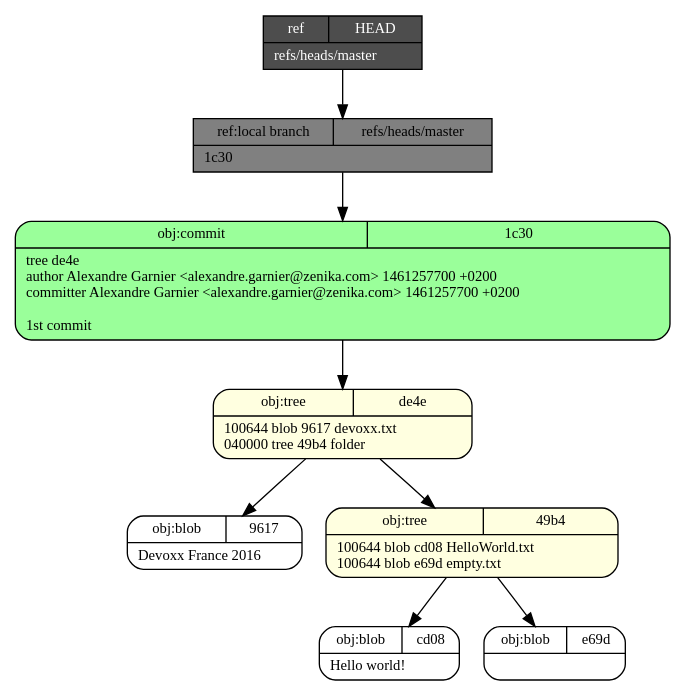
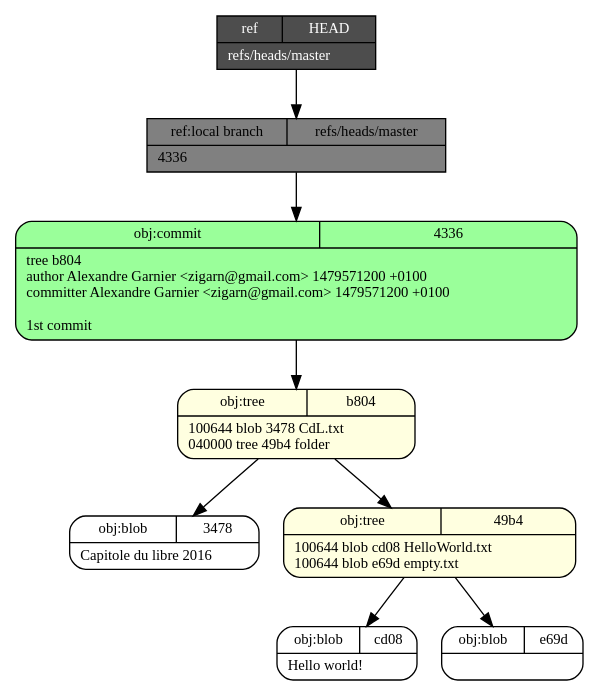
Before and after one commit to zigarn/git-internals: the diagram in blob.dot, drawn with Graphviz. The commit also changed 10 other files, not shown here.

Commit message:
Adapt for 'Capitole du libre 2016'

```diff
--- a/blob.dot
+++ b/blob.dot
@@ -1,19 +1,19 @@
 digraph structs {
   node [shape=record,fontsize=11];
   rankdir="TB";
-  _1c30 [fillcolor="palegreen1", style="filled,rounded", label="{{obj:commit|1c30}|tree\ de4e\lauthor\ Alexandre\ Garnier\ \<alexandre\.garnier\@zenika\.com\>\ 1461257700\ \+0200\lcommitter\ Alexandre\ Garnier\ \<alexandre\.garnier\@zenika\.com\>\ 1461257700\ \+0200\l\l1st\ commit\l}"]
-  _1c30 -> _de4e
-  _de4e [fillcolor="lightyellow", style="filled,rounded", label="{{obj:tree|de4e}|100644\ blob\ 9617\	devoxx\.txt\l040000\ tree\ 49b4\	folder\l}"]
-  _de4e -> _9617
-  _de4e -> _49b4
+  _4336 [fillcolor="palegreen1", style="filled,rounded", label="{{obj:commit|4336}|tree\ b804\lauthor\ Alexandre\ Garnier\ \<zigarn\@gmail\.com\>\ 1479571200\ \+0100\lcommitter\ Alexandre\ Garnier\ \<zigarn\@gmail\.com\>\ 1479571200\ \+0100\l\l1st\ commit\l}"]
+  _4336 -> _b804
+  _b804 [fillcolor="lightyellow", style="filled,rounded", label="{{obj:tree|b804}|100644\ blob\ 3478\	CdL\.txt\l040000\ tree\ 49b4\	folder\l}"]
+  _b804 -> _3478
+  _b804 -> _49b4
   _cd08 [fillcolor="white", style="filled,rounded", label="{{obj:blob|cd08}|Hello\ world\!\l}"]
   _e69d [fillcolor="white", style="filled,rounded", label="{{obj:blob|e69d}|}"]
   _49b4 [fillcolor="lightyellow", style="filled,rounded", label="{{obj:tree|49b4}|100644\ blob\ cd08\	HelloWorld\.txt\l100644\ blob\ e69d\	empty\.txt\l}"]
   _49b4 -> _cd08
   _49b4 -> _e69d
-  _9617 [fillcolor="white", style="filled,rounded", label="{{obj:blob|9617}|Devoxx\ France\ 2016\l}"]
-  _refs___heads___master [style=filled, fillcolor=gray,  label="{{ref:local branch|refs\/heads\/master}|1c30\l}"]
-  _refs___heads___master -> _1c30
+  _3478 [fillcolor="white", style="filled,rounded", label="{{obj:blob|3478}|Capitole\ du\ libre\ 2016\l}"]
+  _refs___heads___master [style=filled, fillcolor=gray,  label="{{ref:local branch|refs\/heads\/master}|4336\l}"]
+  _refs___heads___master -> _4336
   _HEAD [style=filled, fillcolor=gray30, fontcolor=white,  label="{{ref|HEAD}|refs\/heads\/master\l}"]
   _HEAD -> _refs___heads___master
 }
```
